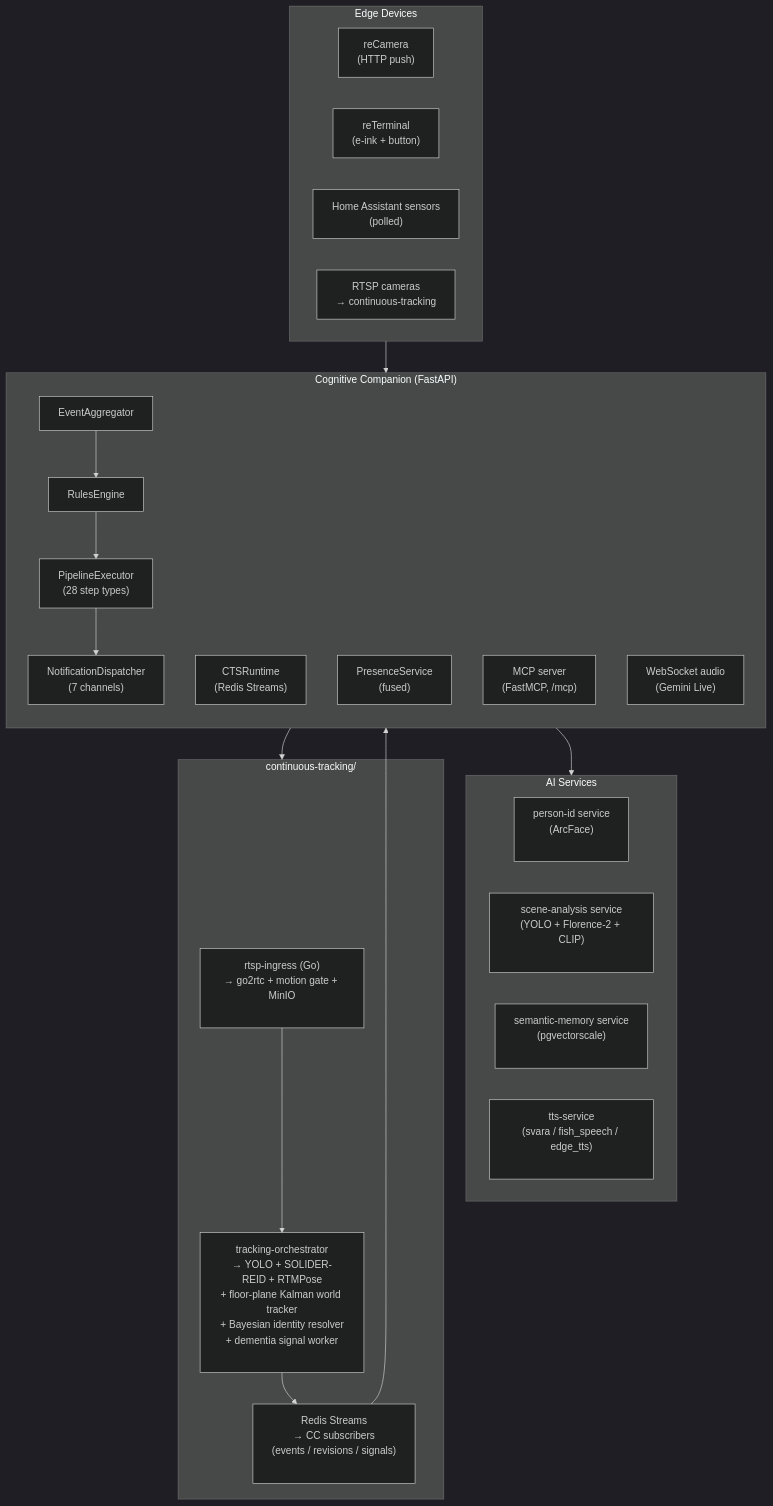
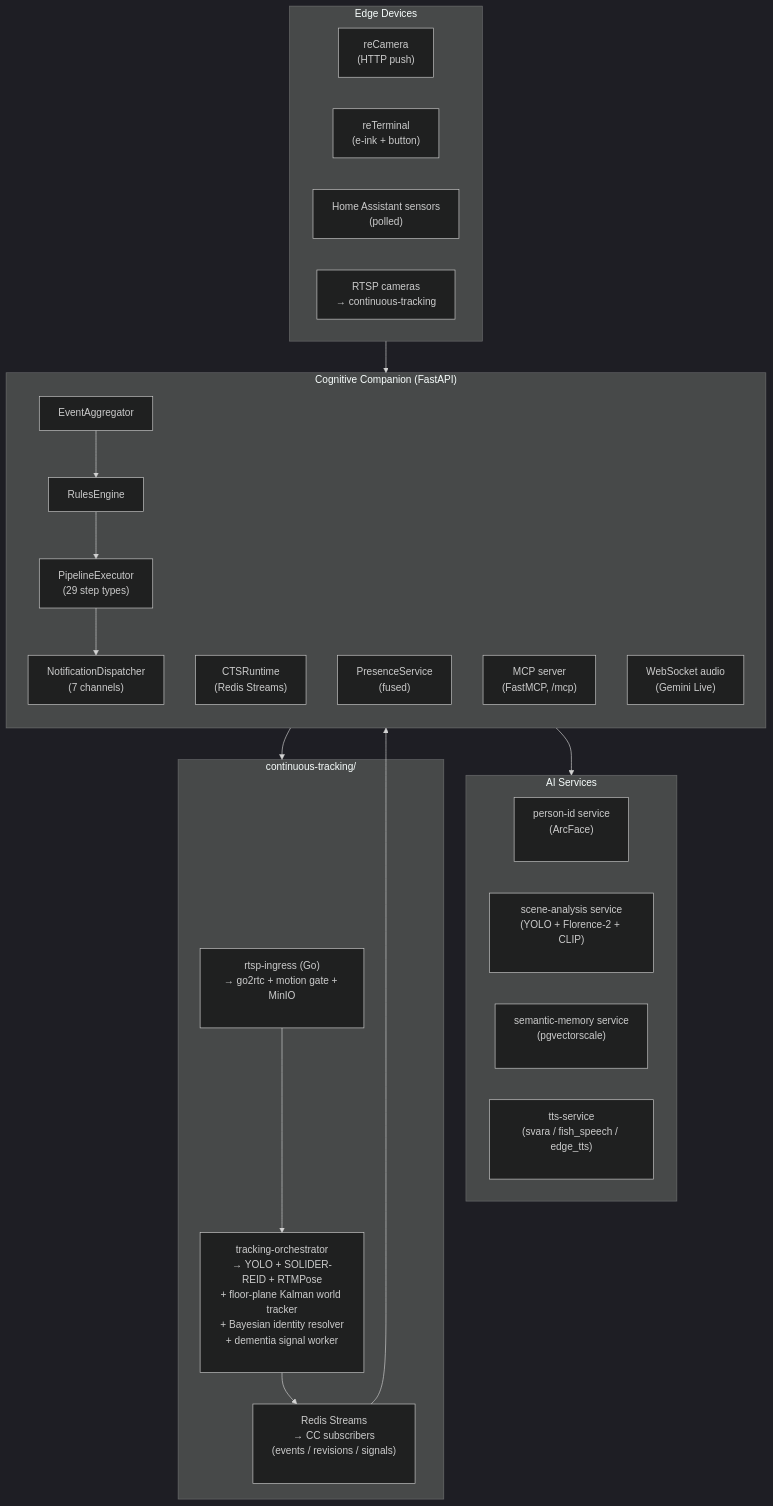
The diagram in docs/guide/introduction.md (SilverMind-Project/SilverMind-Project.github.io), drawn with Mermaid (dark theme) before and after one commit. The commit also changed other lines of this file and 6 other files, not shown here.

Commit message:
Milestone M04: Pipeline Builder RAG Step (`knowledge_query`) & Dedicated Step Editors

````diff
--- a/docs/guide/introduction.md
+++ b/docs/guide/introduction.md
@@ -28,41 +28,41 @@
 ```mermaid
 flowchart TB
     subgraph Edge["Edge Devices"]
         reCamera["reCamera<br/>(HTTP push)"]
         reTerminal["reTerminal<br/>(e-ink + button)"]
         HA["Home Assistant sensors<br/>(polled)"]
         RTSP["RTSP cameras<br/>→ continuous-tracking"]
     end
 
     subgraph CC["Cognitive Companion (FastAPI)"]
         direction TB
         Aggregator["EventAggregator"]
         RulesEngine["RulesEngine"]
-        Executor["PipelineExecutor<br/>(28 step types)"]
+        Executor["PipelineExecutor<br/>(29 step types)"]
         Dispatcher["NotificationDispatcher<br/>(7 channels)"]
         CTS["CTSRuntime<br/>(Redis Streams)"]
         Presence["PresenceService<br/>(fused)"]
         MCP["MCP server<br/>(FastMCP, /mcp)"]
         WS["WebSocket audio<br/>(Gemini Live)"]
         Aggregator --> RulesEngine --> Executor --> Dispatcher
     end
 
     subgraph Services["AI Services"]
         PersonID["person-id service<br/>(ArcFace)<br/>&nbsp;"]
         SceneAnalysis["scene-analysis service<br/>(YOLO + Florence-2 + CLIP)<br/>&nbsp;"]
         SemanticMemory["semantic-memory service<br/>(pgvectorscale)<br/>&nbsp;"]
         TTS["tts-service<br/>(svara / fish_speech / edge_tts)<br/>&nbsp;"]
     end
 
     subgraph CTS_["continuous-tracking/"]
         Ingress["rtsp-ingress (Go)<br/>→ go2rtc + motion gate + MinIO<br/>&nbsp;"]
         Orchestrator["tracking-orchestrator<br/>→ YOLO + SOLIDER-REID + RTMPose<br/>+ floor-plane Kalman world tracker<br/>+ Bayesian identity resolver<br/>+ dementia signal worker<br/>&nbsp;"]
         Redis["Redis Streams<br/>→ CC subscribers<br/>(events / revisions / signals)<br/>&nbsp;"]
         Ingress --> Orchestrator --> Redis
     end
 
     Edge --> CC
     CC --> Services
     CC --> CTS_
     Redis --> CC
 ```
````
